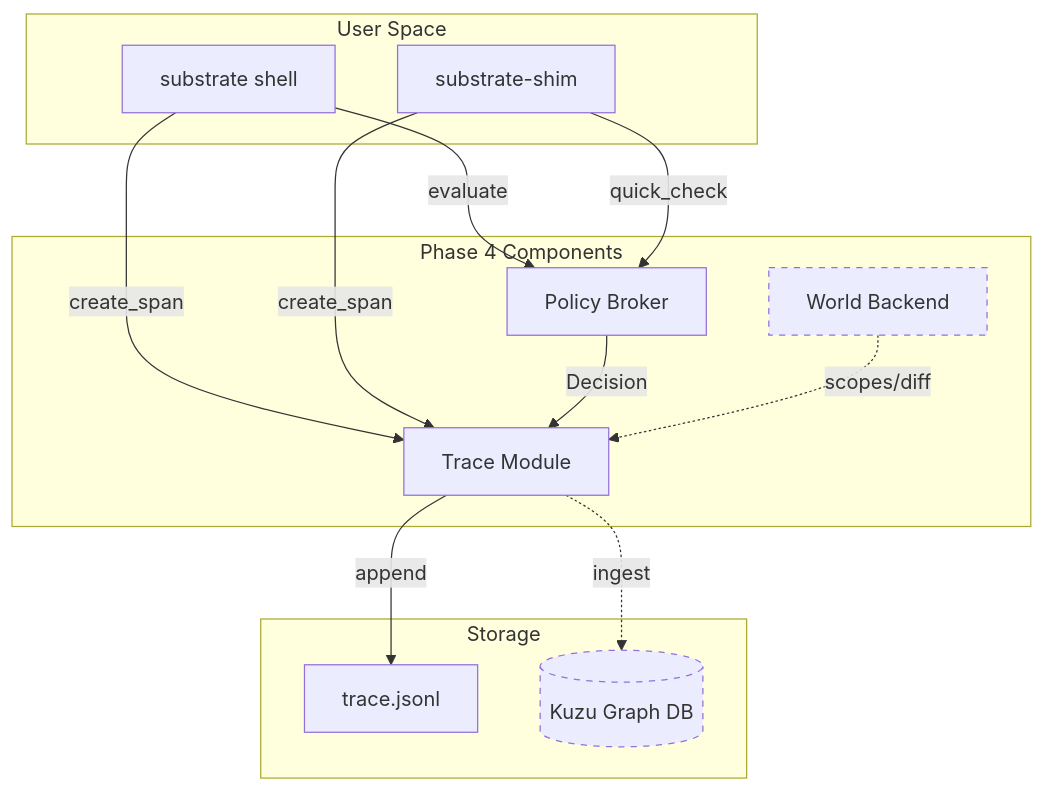
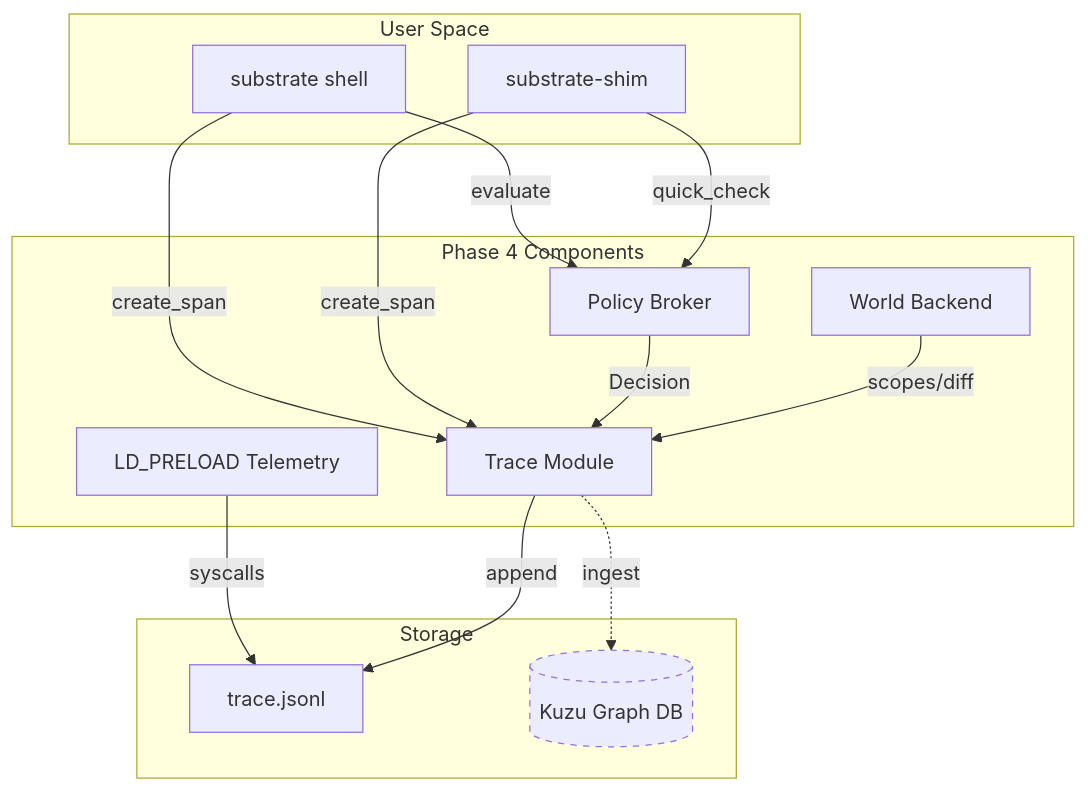
One commit to atomize-hq/substrate changed the first of 2 diagrams in docs/TRACE.md. Above: the diagram before and after it, drawn with Mermaid. The commit also changed other lines of this file and 22 other files, not shown here.

````diff
--- a/docs/TRACE.md
+++ b/docs/TRACE.md
@@ -89,33 +89,34 @@
 ```mermaid
 graph TB
     subgraph "User Space"
         Shell[substrate shell]
         Shim[substrate-shim]
     end
     
     subgraph "Phase 4 Components"
         Broker[Policy Broker]
         Trace[Trace Module]
         World[World Backend]
+        Telemetry[LD_PRELOAD Telemetry]
     end
     
     subgraph "Storage"
         JSONL[trace.jsonl]
         Kuzu[(Kuzu Graph DB)]
     end
     
     Shell -->|evaluate| Broker
     Shim -->|quick_check| Broker
     
     Shell -->|create_span| Trace
     Shim -->|create_span| Trace
     
     Broker -->|Decision| Trace
-    World -.->|scopes/diff| Trace
+    World -->|scopes/diff| Trace
+    Telemetry -->|syscalls| JSONL
     
     Trace -->|append| JSONL
     Trace -.->|ingest| Kuzu
     
-    style World stroke-dasharray: 5 5
     style Kuzu stroke-dasharray: 5 5
 ```
````
